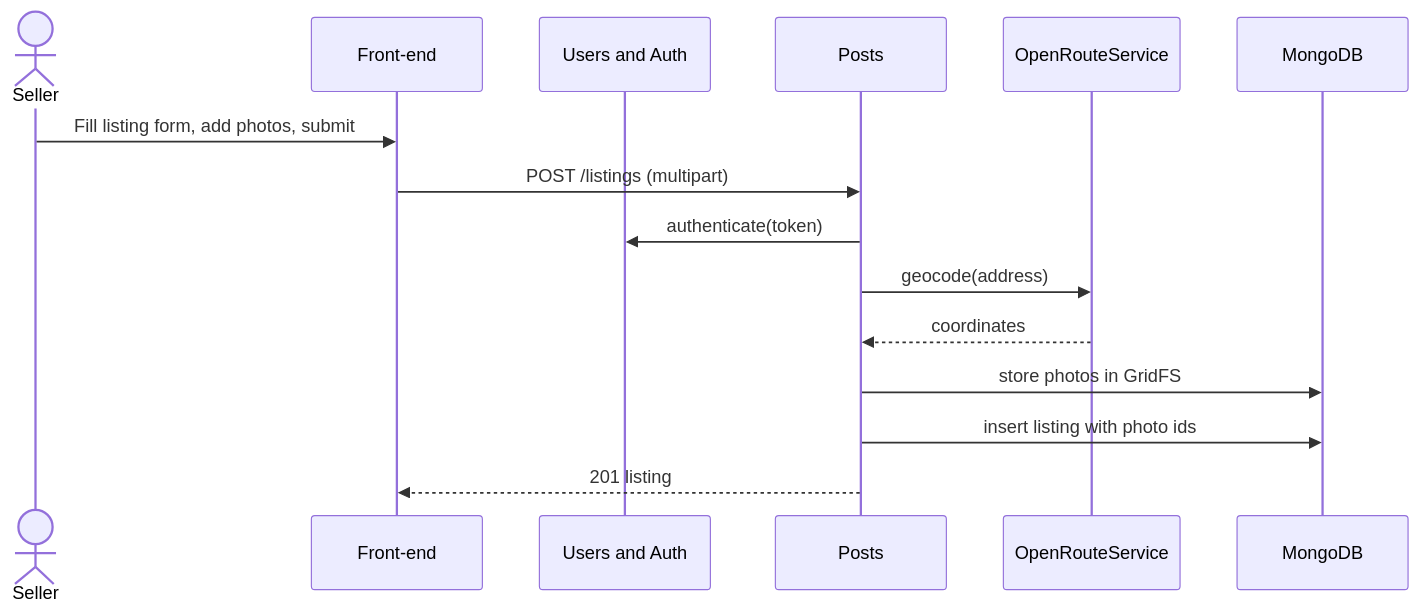
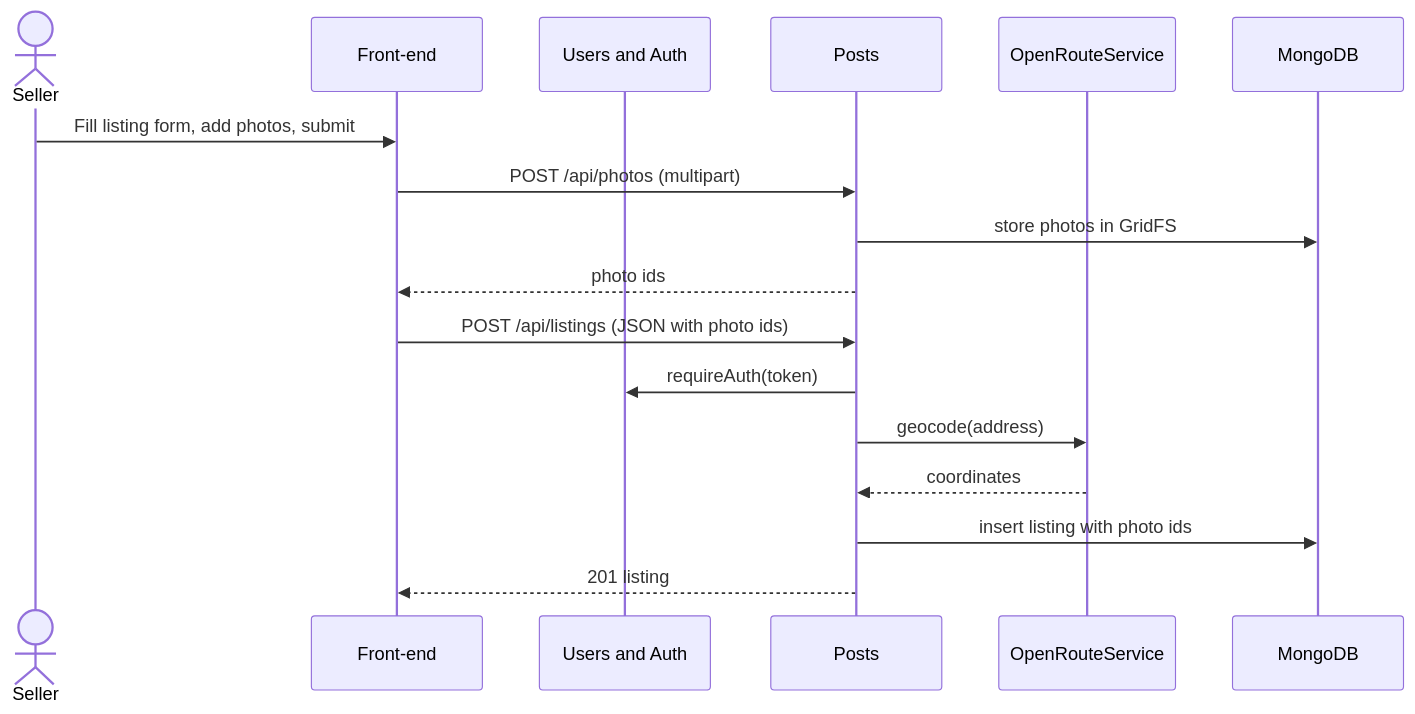
One commit to m1lun/m1skeletonProject changed the fourth of 7 diagrams in documentation/Requirements_and_Design.md. Above: the diagram before and after it, drawn with Mermaid. The commit also changed other lines of this file, not shown here.

````diff
--- a/documentation/Requirements_and_Design.md
+++ b/documentation/Requirements_and_Design.md
@@ -480,17 +487,19 @@
 ```mermaid
 sequenceDiagram
     actor S as Seller
     participant FE as Front-end
     participant UA as Users and Auth
     participant P as Posts
     participant ORS as OpenRouteService
     participant DB as MongoDB
     S->>FE: Fill listing form, add photos, submit
-    FE->>P: POST /listings (multipart)
-    P->>UA: authenticate(token)
+    FE->>P: POST /api/photos (multipart)
+    P->>DB: store photos in GridFS
+    P-->>FE: photo ids
+    FE->>P: POST /api/listings (JSON with photo ids)
+    P->>UA: requireAuth(token)
     P->>ORS: geocode(address)
     ORS-->>P: coordinates
-    P->>DB: store photos in GridFS
     P->>DB: insert listing with photo ids
     P-->>FE: 201 listing
 ```
````
